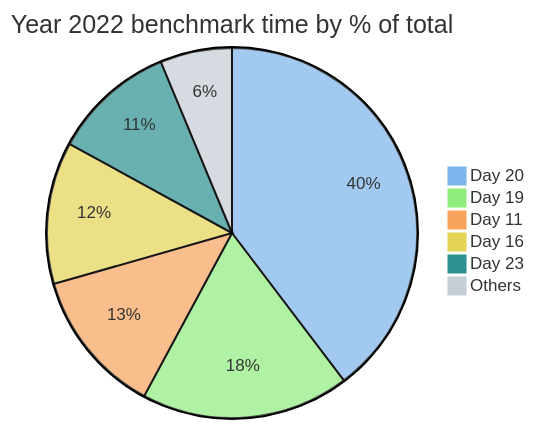
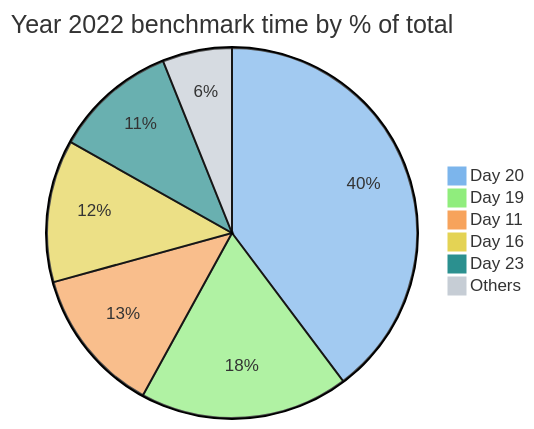
Before and after one commit to maneatingape/advent-of-code-rust: the second of 4 diagrams in README.md, drawn with Mermaid. The commit also changed other lines of this file and 1 other file, not shown here.

Commit message:
Faster custom iterator instead of string replace

````diff
--- a/README.md
+++ b/README.md
@@ -61,11 +61,11 @@
 ```mermaid
 %%{init: {'theme': 'base', 'themeVariables': { 'pie1': '#7cb5ec', 'pie2': '#90ed7d', 'pie3': '#f7a35c', 'pie4': '#e4d354', 'pie5': '#2b908f', 'pie6': '#c6cdd5'}}}%%
 pie
     title Year 2022 benchmark time by % of total
     "Day 20" : 7449
     "Day 19" : 3416
     "Day 11" : 2386
     "Day 16" : 2331
     "Day 23" : 2017
-    "Others" : 1178
+    "Others" : 1137
 ```
````
